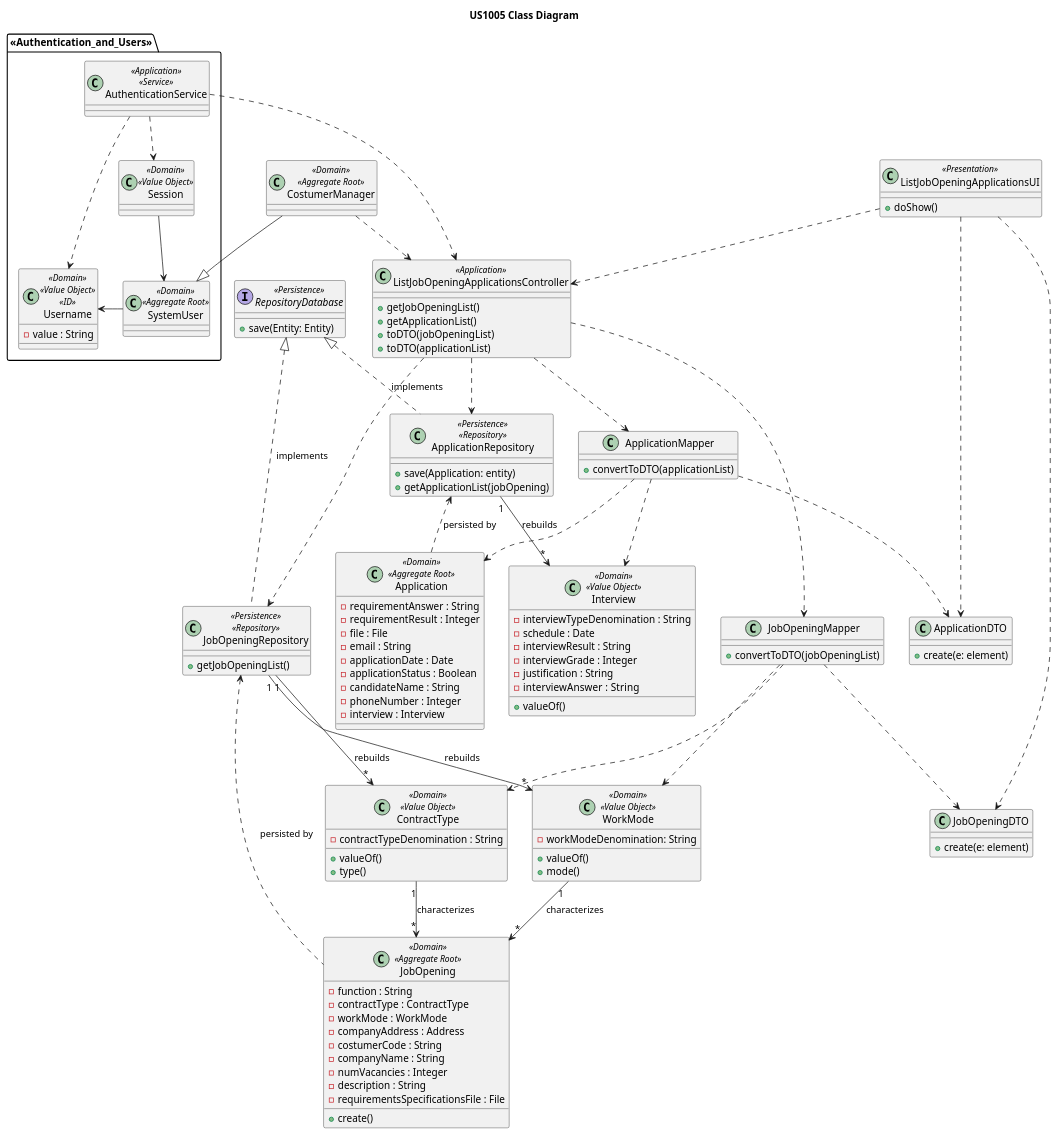
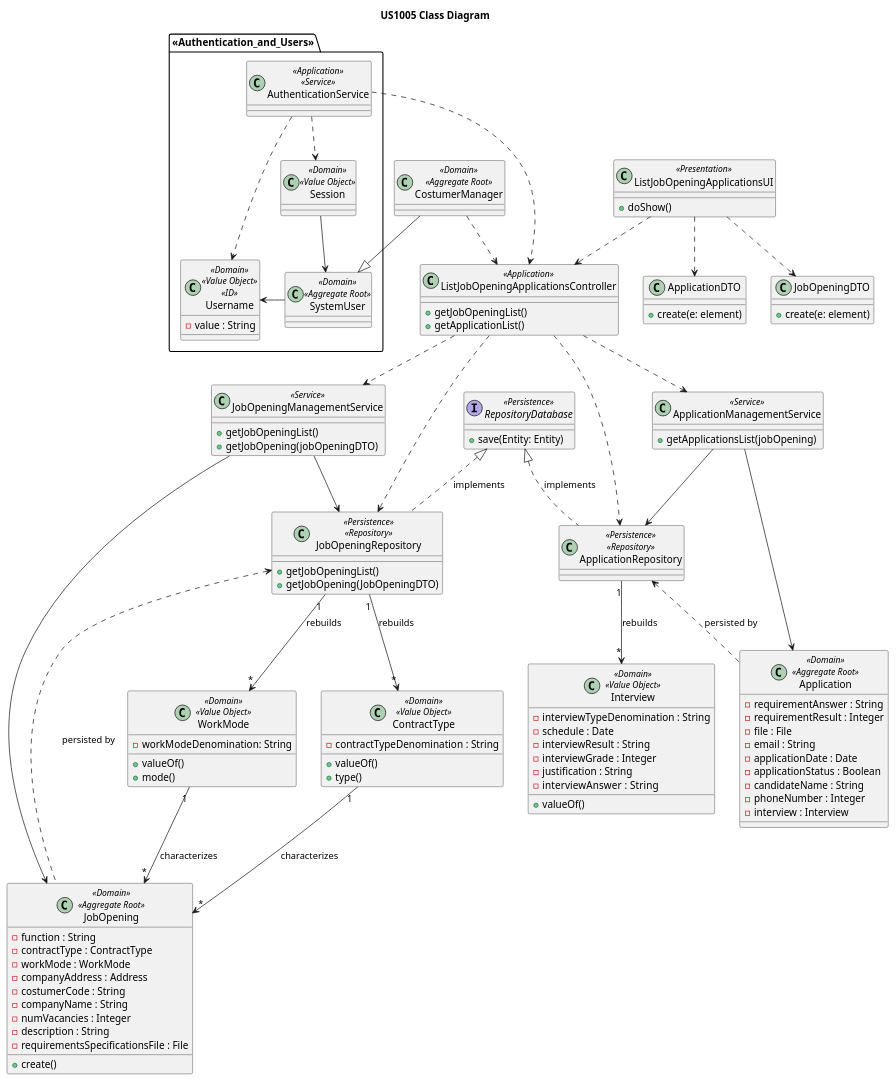
The diagram in docs/sb_us_1005/us1005_class_diagram.puml (rita-barbosa/LAPR4-2324), drawn with PlantUML before and after one commit. The commit also changed 11 other files, not shown here.

```diff
--- a/docs/sb_us_1005/us1005_class_diagram.puml
+++ b/docs/sb_us_1005/us1005_class_diagram.puml
@@ -1,170 +1,164 @@
 @startuml US1005_class_diagram
 'https://plantuml.com/class-diagram
 
 title US1005 Class Diagram
 
 'DTO
 'package <<DTO>> {
-class JobOpeningMapper {
-+ convertToDTO(jobOpeningList)
-}
 
 class JobOpeningDTO {
 + create(e: element)
-}
-
-class ApplicationMapper {
-+ convertToDTO(applicationList)
 }
 
 class ApplicationDTO {
 + create(e: element)
 }
 '}
 
 
 'package <<Presentation>> {
 class ListJobOpeningApplicationsUI <<Presentation>> {
 + doShow()
 }
 '}
 
 'package <<Application>> {
 class ListJobOpeningApplicationsController <<Application>> {
 + getJobOpeningList()
 + getApplicationList()
-+ toDTO(jobOpeningList)
-+ toDTO(applicationList)
 }
 '}
+
+class JobOpeningManagementService <<Service>> {
++ getJobOpeningList()
++ getJobOpening(jobOpeningDTO)
+}
+
+class ApplicationManagementService <<Service>> {
++ getApplicationsList(jobOpening)
+}
 
 
 'package <<Domain>> {
 'Requirements
 package <<Authentication_and_Users>> {
 class AuthenticationService <<Application>> <<Service>> {
 }
 class Session <<Domain>> <<Value Object>> {}
 class SystemUser <<Domain>> <<Aggregate Root>> {}
 class Username <<Domain>> <<Value Object>> <<ID>> {
 - value : String
 }
 }
 
 class CostumerManager <<Domain>> <<Aggregate Root>> {}
 
 class JobOpening <<Domain>> <<Aggregate Root>> {
 - function : String
 - contractType : ContractType
 - workMode : WorkMode
 - companyAddress : Address
 - costumerCode : String
 - companyName : String
 - numVacancies : Integer
 - description : String
 - requirementsSpecificationsFile : File
 + create()
 }
 
 class WorkMode <<Domain>> <<Value Object>> {
 - workModeDenomination: String
 + valueOf()
 + mode()
 }
 
 class ContractType <<Domain>> <<Value Object>> {
 - contractTypeDenomination : String
 + valueOf()
 + type()
 }
 
 class Application <<Domain>> <<Aggregate Root>> {
 - requirementAnswer : String
 - requirementResult : Integer
 - file : File
 - email : String
 - applicationDate : Date
 - applicationStatus : Boolean
 - candidateName : String
 - phoneNumber : Integer
 - interview : Interview
 }
 
 class Interview <<Domain>> <<Value Object>> {
 - interviewTypeDenomination : String
 - schedule : Date
 - interviewResult : String
 - interviewGrade : Integer
 - justification : String
 - interviewAnswer :  String
 + valueOf()
 }
 
 'package <<Persistence>> {
 class JobOpeningRepository <<Persistence>> <<Repository>> {
 + getJobOpeningList()
++ getJobOpening(JobOpeningDTO)
 }
 
 class ApplicationRepository <<Persistence>> <<Repository>> {
-+ save(Application: entity)
-+ getApplicationList(jobOpening)
+
 }
 
 interface RepositoryDatabase <<Persistence>> {
 + save(Entity: Entity)
 }
 
 
 '}
 
 'Associations
 'Basic Flow
 CostumerManager ..> ListJobOpeningApplicationsController
 ListJobOpeningApplicationsUI ..> ListJobOpeningApplicationsController
 ListJobOpeningApplicationsController ..> JobOpeningRepository
 ListJobOpeningApplicationsController ..> ApplicationRepository
+ListJobOpeningApplicationsController ..> ApplicationManagementService
+ListJobOpeningApplicationsController ..> JobOpeningManagementService
 
 'Domain Layer
-'JobOpeningFactory "1" --> "*" JobOpening : creates
-'AddressFactory "1" --> "*" Address : produces
-'Address "1" --> "*" JobOpening : locates
 WorkMode "1" --> "*" JobOpening : characterizes
 ContractType "1" --> "*" JobOpening  : characterizes
+JobOpeningManagementService --> JobOpeningRepository
+JobOpeningManagementService --> JobOpening
+ApplicationManagementService --> Application
+ApplicationManagementService --> ApplicationRepository
 
 
 ''Persistence Layer
 JobOpeningRepository "1" --> "*" ContractType : rebuilds
 JobOpeningRepository "1" --> "*" WorkMode : rebuilds
 JobOpeningRepository <.. JobOpening : persisted by
 
 ApplicationRepository <.. Application : persisted by
 ApplicationRepository "1" --> "*" Interview : rebuilds
 
-'RequirementsSpecificationsRepository "1" -> "*" RequirementSpecification : aggregates
 '
 ''Interface implementation
 RepositoryDatabase <|.. JobOpeningRepository : implements
 RepositoryDatabase <|.. ApplicationRepository : implements
 
 
 ''DTO
-JobOpeningMapper ..> JobOpeningDTO
-ApplicationMapper ..> ApplicationDTO
-ApplicationMapper ..> Application
-ListJobOpeningApplicationsController ..> ApplicationMapper
-ListJobOpeningApplicationsController ...> JobOpeningMapper
-JobOpeningMapper ..> ContractType
-JobOpeningMapper ..> WorkMode
-ApplicationMapper ..> Interview
 ListJobOpeningApplicationsUI ..> JobOpeningDTO
 ListJobOpeningApplicationsUI ..> ApplicationDTO
 
 'Authentication
 Session --> SystemUser
 SystemUser -> Username
 AuthenticationService ..> Username
 AuthenticationService ..> Session
 AuthenticationService ..> ListJobOpeningApplicationsController
 CostumerManager --|> SystemUser
 
 @enduml
```
